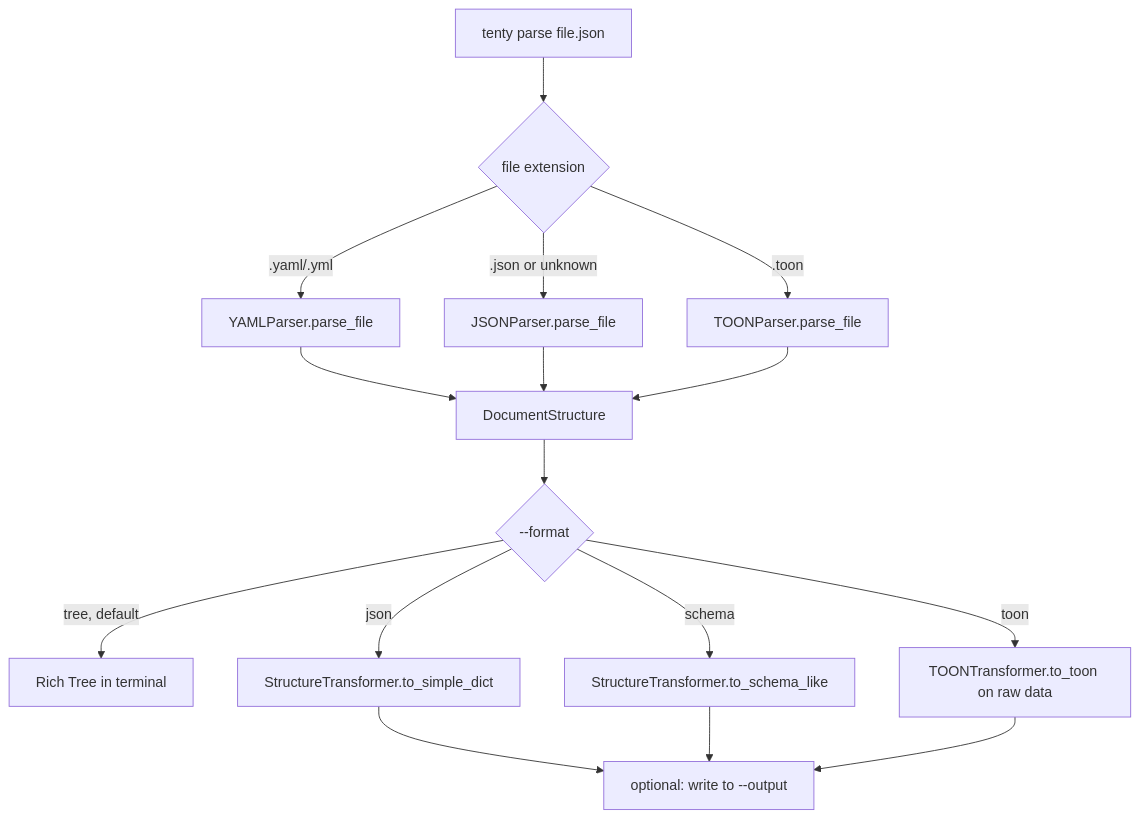
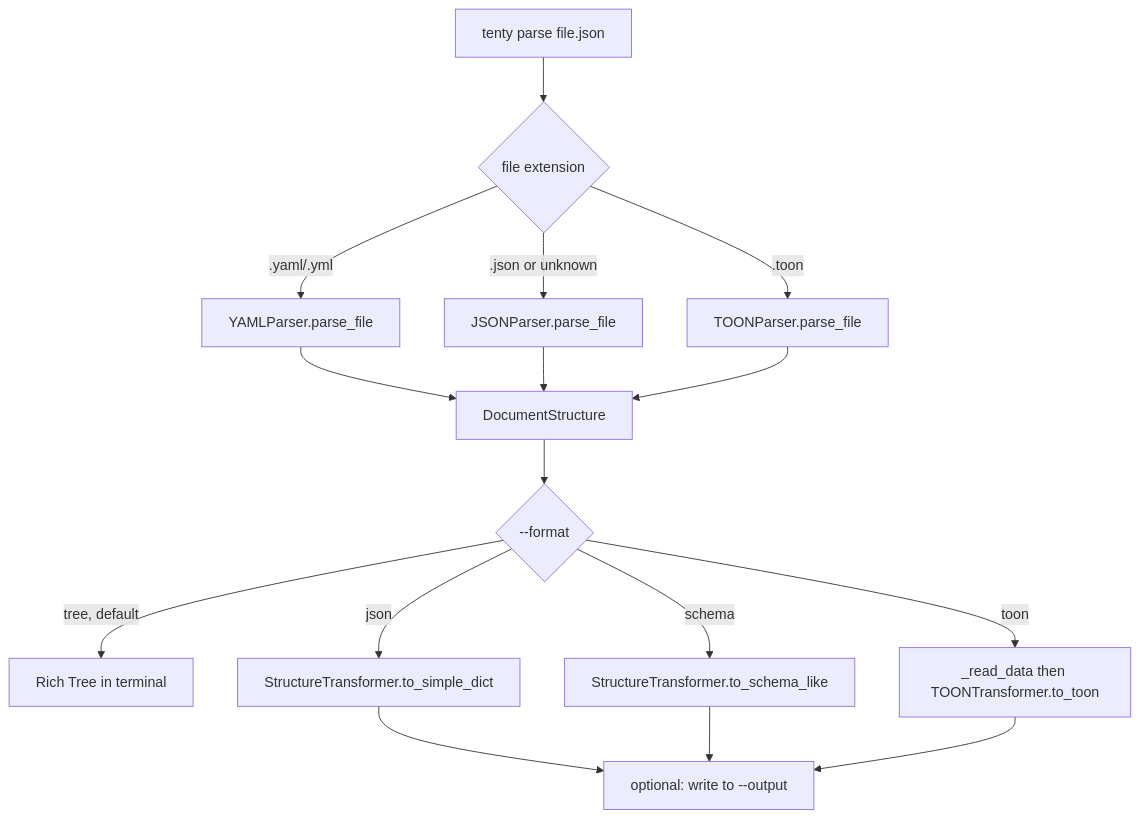
Before and after one commit to Keniding/tenty-parser: the second of 2 diagrams in docs/functionality.md, drawn with Mermaid. The commit also changed other lines of this file and 28 other files, not shown here.

````diff
--- a/docs/functionality.md
+++ b/docs/functionality.md
@@ -63,18 +63,18 @@
 ```mermaid
 flowchart TD
     A[tenty parse file.json] --> B{file extension}
     B -->|.yaml/.yml| C[YAMLParser.parse_file]
     B -->|.json or unknown| D[JSONParser.parse_file]
     B -->|.toon| E[TOONParser.parse_file]
     C --> F[DocumentStructure]
     D --> F
     E --> F
     F --> G{--format}
     G -->|tree, default| H[Rich Tree in terminal]
     G -->|json| I[StructureTransformer.to_simple_dict]
     G -->|schema| J[StructureTransformer.to_schema_like]
-    G -->|toon| K[TOONTransformer.to_toon on raw data]
+    G -->|toon| K[_read_data then TOONTransformer.to_toon]
     I --> L[optional: write to --output]
     J --> L
     K --> L
 ```
````
